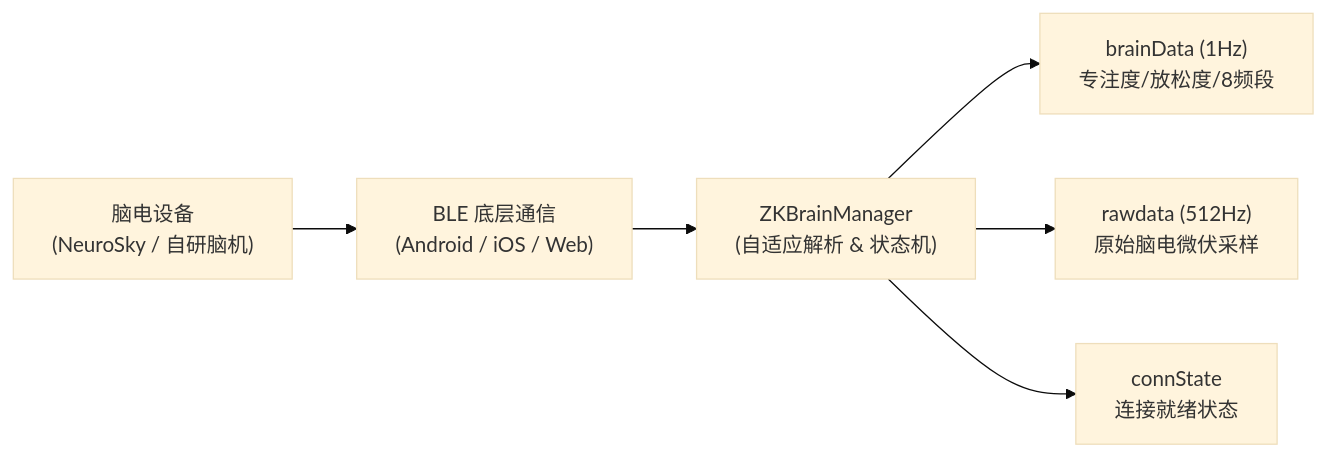
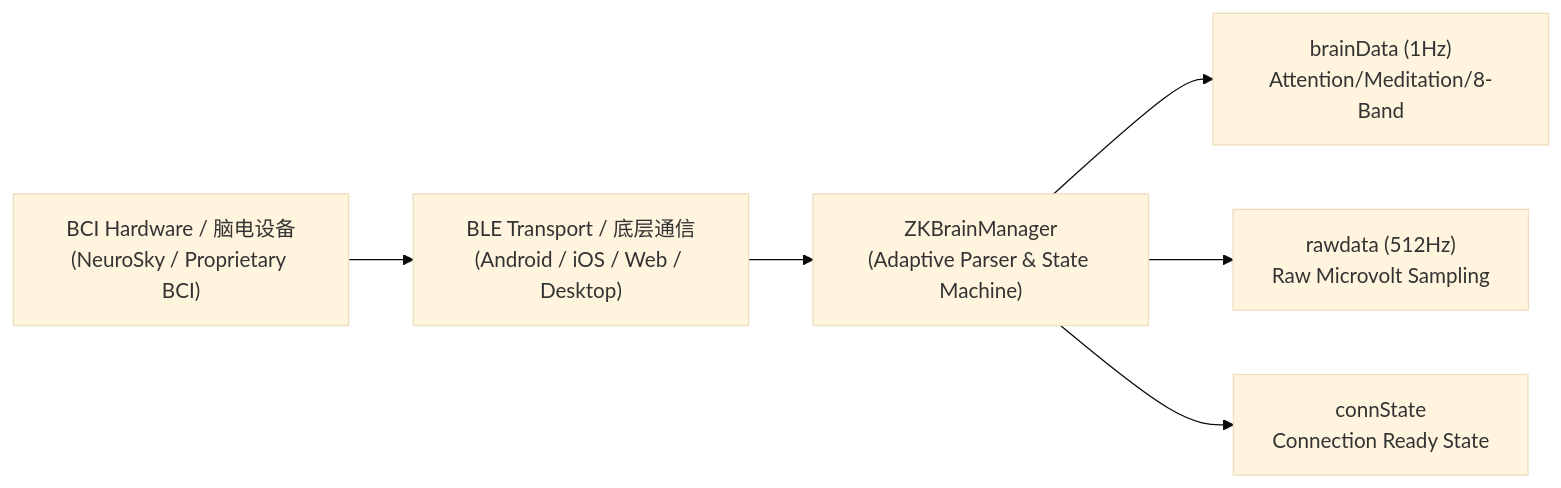
One commit to zkteco-xteam/zkbrain-starter changed the diagram in .agents/skills/zkbrain-sdk-dev/SKILL.md. Above: the diagram before and after it, drawn with Mermaid (base theme). The commit also changed other lines of this file and 19 other files, not shown here.

````diff
--- a/.agents/skills/zkbrain-sdk-dev/SKILL.md
+++ b/.agents/skills/zkbrain-sdk-dev/SKILL.md
@@ -28,8 +36,8 @@
 ```mermaid
 flowchart LR
-    HW["脑电设备<br/>(NeuroSky / 自研脑机)"] --> BLE["BLE 底层通信<br/>(Android / iOS / Web)"]
-    BLE --> Core["ZKBrainManager<br/>(自适应解析 & 状态机)"]
-    Core --> Flow1["brainData (1Hz)<br/>专注度/放松度/8频段"]
-    Core --> Flow2["rawdata (512Hz)<br/>原始脑电微伏采样"]
-    Core --> Flow3["connState<br/>连接就绪状态"]
+    HW["BCI Hardware / 脑电设备<br/>(NeuroSky / Proprietary BCI)"] --> BLE["BLE Transport / 底层通信<br/>(Android / iOS / Web / Desktop)"]
+    BLE --> Core["ZKBrainManager<br/>(Adaptive Parser & State Machine)"]
+    Core --> Flow1["brainData (1Hz)<br/>Attention/Meditation/8-Band"]
+    Core --> Flow2["rawdata (512Hz)<br/>Raw Microvolt Sampling"]
+    Core --> Flow3["connState<br/>Connection Ready State"]
 ```
````
